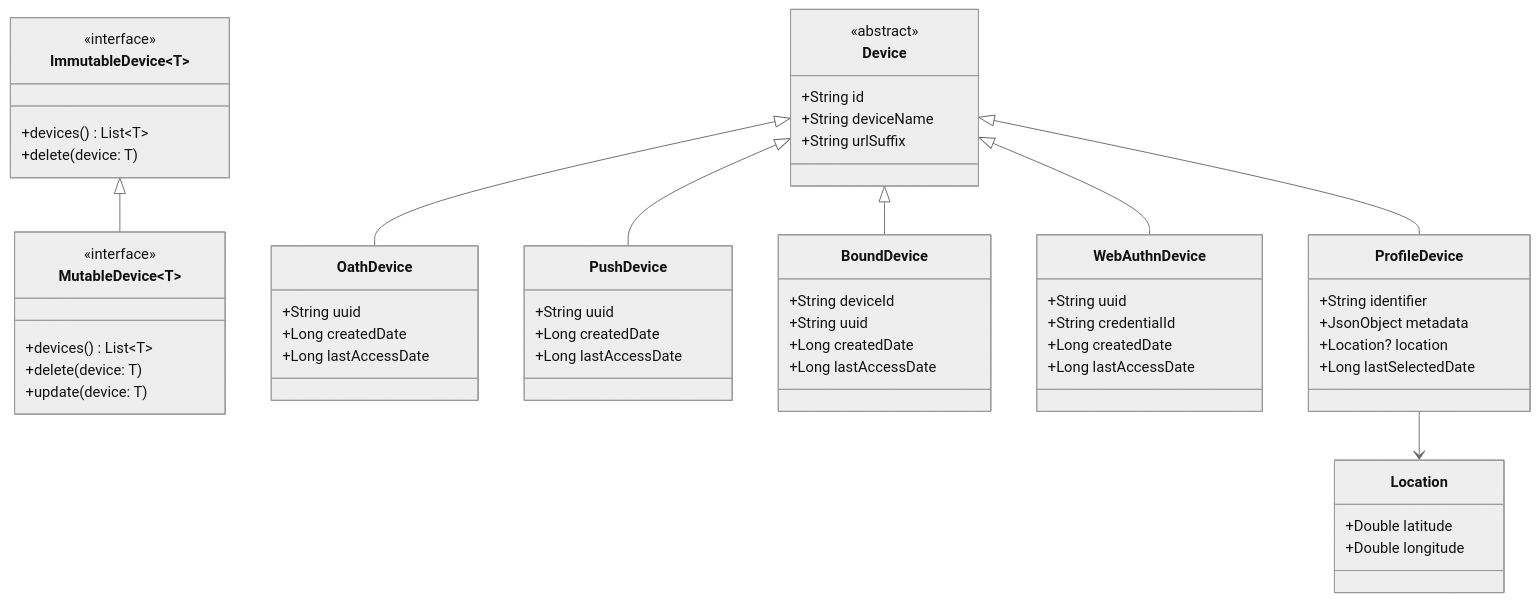
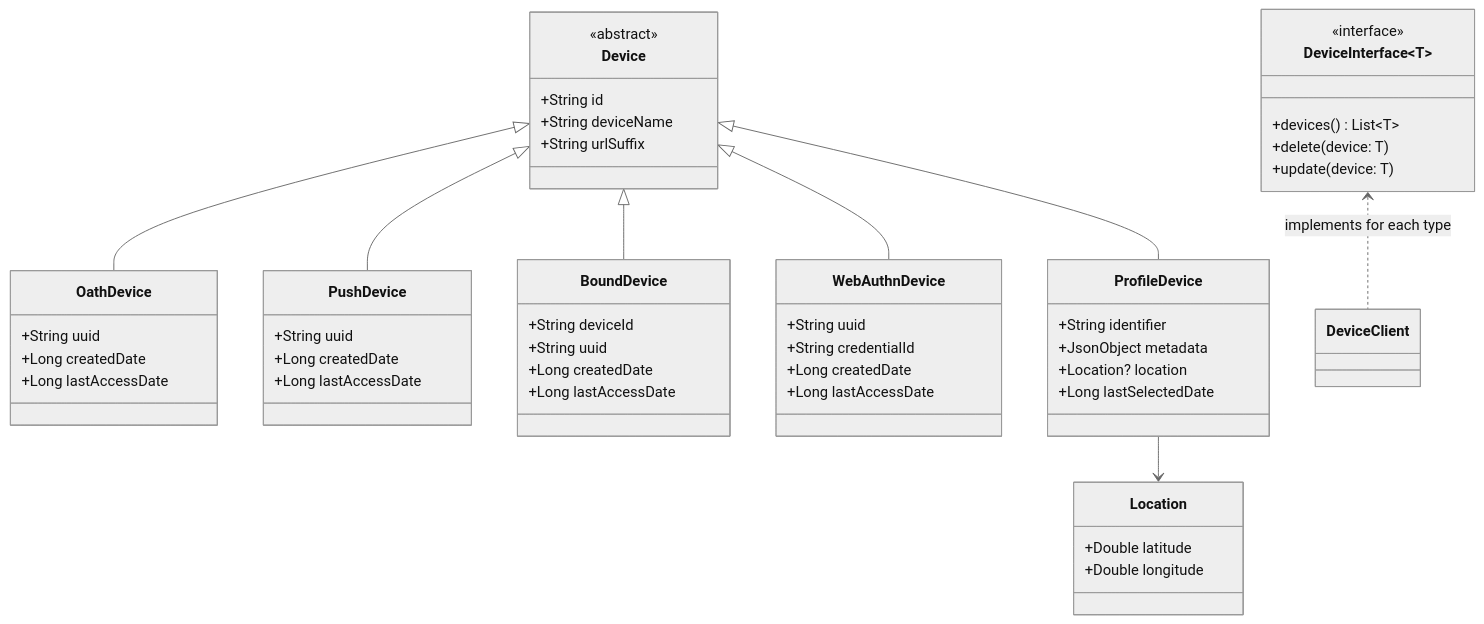
One commit to ForgeRock/ping-android-sdk changed the first of 2 diagrams in foundation/device/device-client/CONCEPT.md. Above: the diagram before and after it, drawn with Mermaid (neutral theme). The commit also changed other lines of this file and 7 other files, not shown here.

Commit message:
Refactor: Consolidate device interfaces into a unified DeviceInterface and implement user ID caching for improved performance

````diff
--- a/foundation/device/device-client/CONCEPT.md
+++ b/foundation/device/device-client/CONCEPT.md
@@ -77,68 +69,62 @@
 ```mermaid
 classDiagram
-    class ImmutableDevice~T~ {
-        <<interface>>
-        +devices() List~T~
-        +delete(device: T)
-    }
-    
-    class MutableDevice~T~ {
+    class DeviceInterface~T~ {
         <<interface>>
         +devices() List~T~
         +delete(device: T)
         +update(device: T)
     }
     
     class Device {
         <<abstract>>
         +String id
         +String deviceName
         +String urlSuffix
     }
     
     class OathDevice {
         +String uuid
         +Long createdDate
         +Long lastAccessDate
     }
     
     class PushDevice {
         +String uuid
         +Long createdDate
         +Long lastAccessDate
     }
     
     class BoundDevice {
         +String deviceId
         +String uuid
         +Long createdDate
         +Long lastAccessDate
     }
     
     class WebAuthnDevice {
         +String uuid
         +String credentialId
         +Long createdDate
         +Long lastAccessDate
     }
     
     class ProfileDevice {
         +String identifier
         +JsonObject metadata
         +Location? location
         +Long lastSelectedDate
     }
     
     class Location {
         +Double latitude
         +Double longitude
     }
     
-    ImmutableDevice <|-- MutableDevice
+    DeviceInterface <.. DeviceClient : implements for each type
     Device <|-- OathDevice
     Device <|-- PushDevice
     Device <|-- BoundDevice
     Device <|-- WebAuthnDevice
     Device <|-- ProfileDevice
     ProfileDevice --> Location
 ```
````
